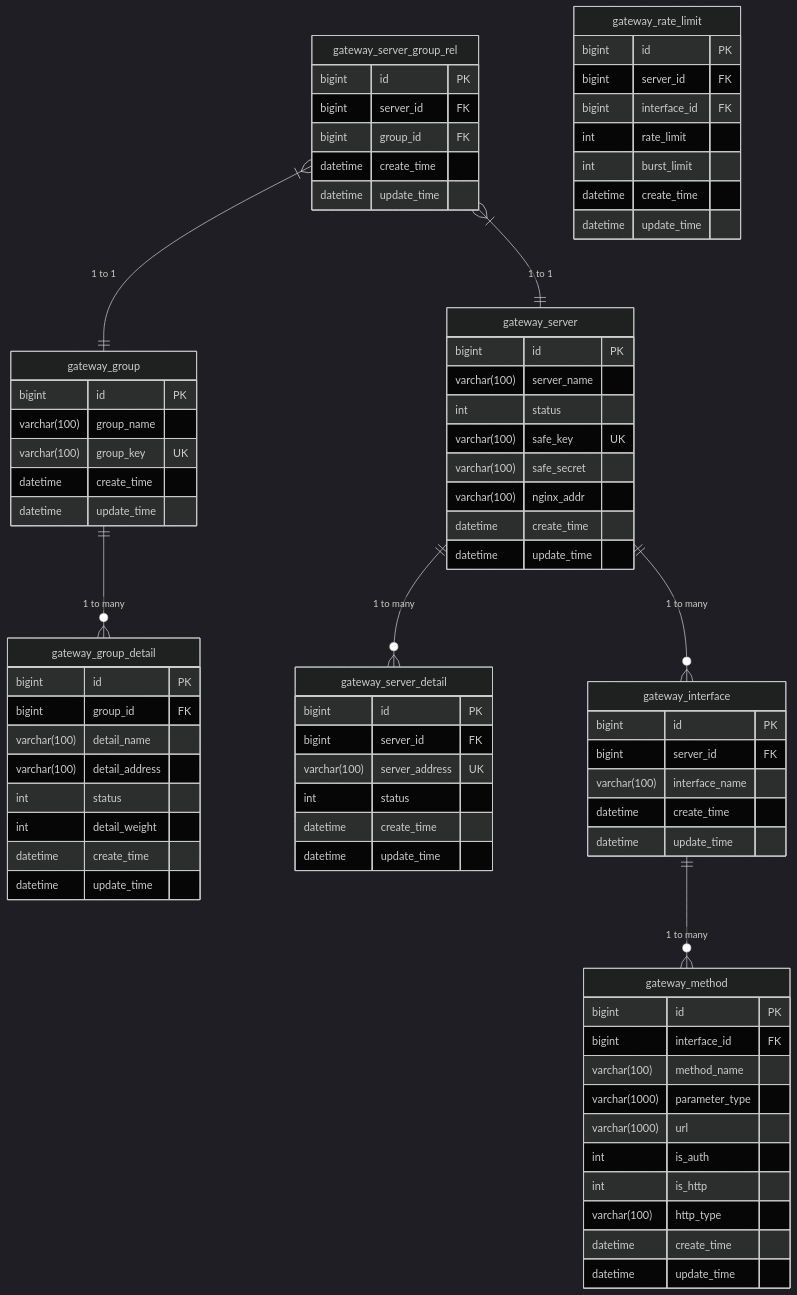
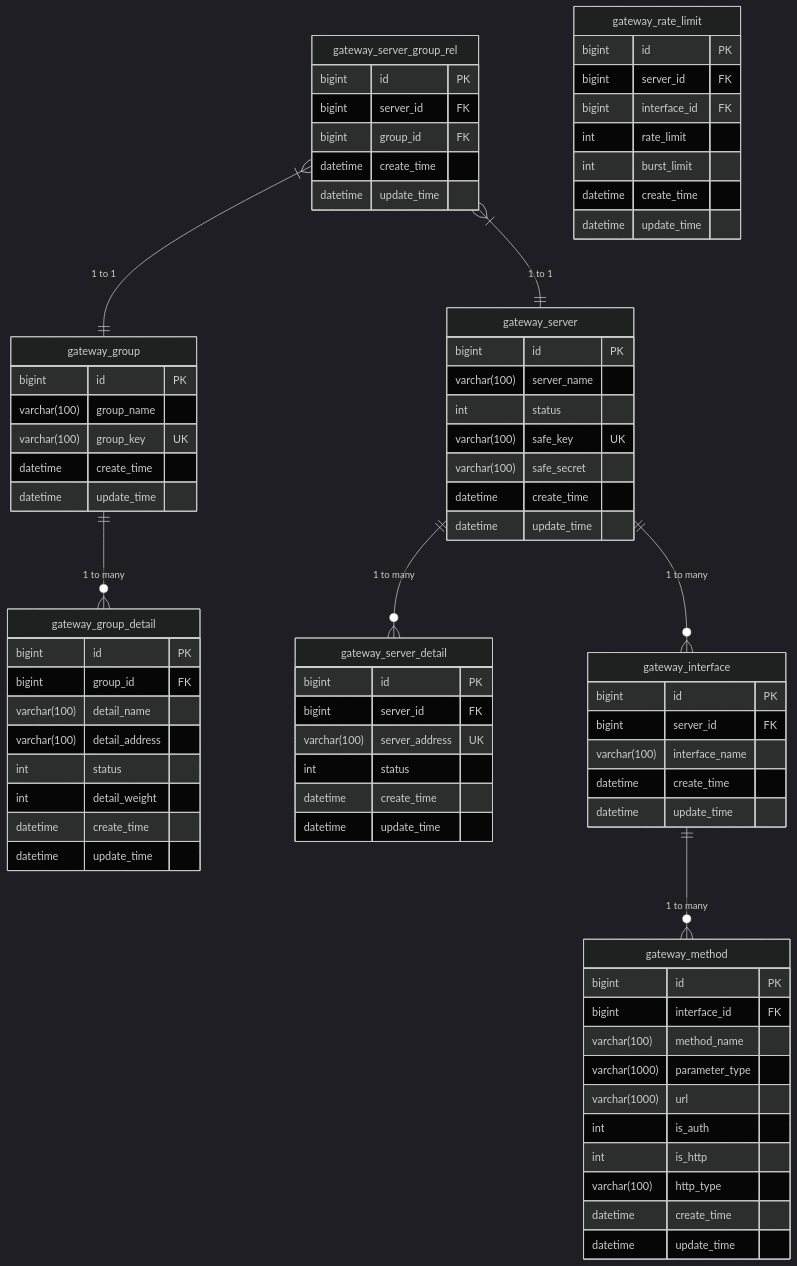
One commit to 1973034392/api-gateway-codelong changed the diagram in docs/表结构设计/表关系图.md. Above: the diagram before and after it, drawn with Mermaid (dark theme). The commit also changed 12 other files, not shown here.

```diff
--- a/docs/表结构设计/表关系图.md
+++ b/docs/表结构设计/表关系图.md
@@ -32,7 +32,6 @@
         int status
         varchar(100) safe_key UK
         varchar(100) safe_secret
-        varchar(100) nginx_addr
         datetime create_time
         datetime update_time
     }
```
